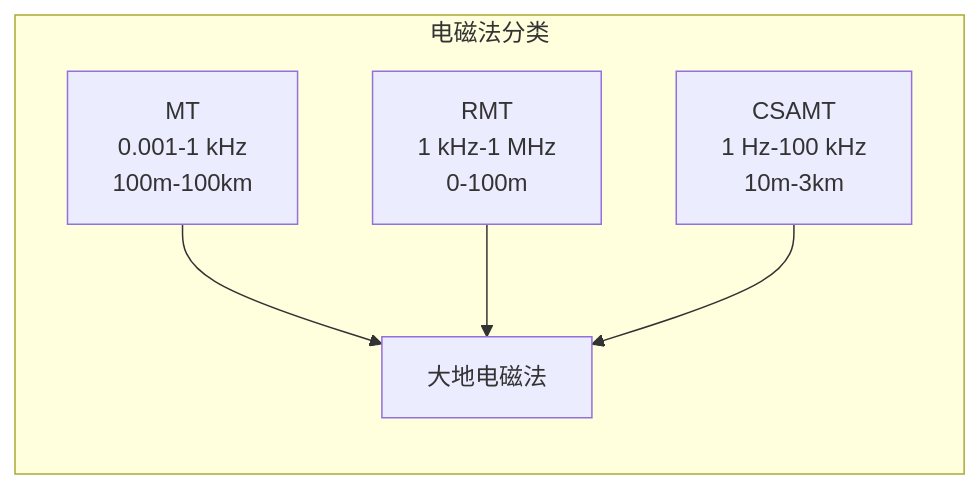
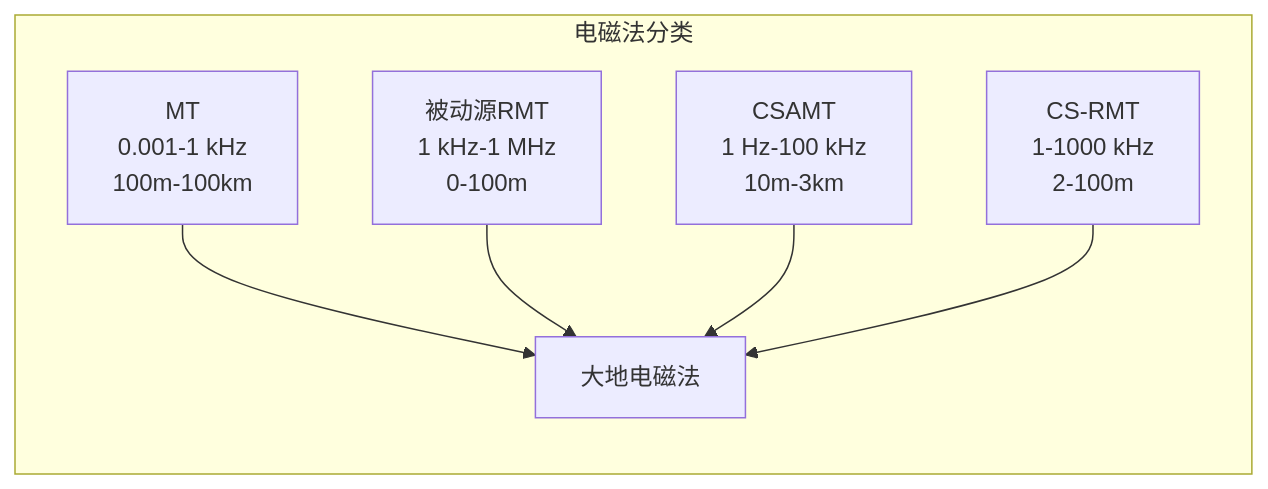
The first of 3 diagrams in source/intro/index.md (EMWPJ/RMTDataPro-docs), drawn with Mermaid before and after one commit. The commit also changed other lines of this file and 26 other files, not shown here.

````diff
--- a/source/intro/index.md
+++ b/source/intro/index.md
@@ -20,8 +20,9 @@
 ```mermaid
 graph LR
     subgraph 电磁法分类
         A[MT<br/>0.001-1 kHz<br/>100m-100km] --> D[大地电磁法]
-        B[RMT<br/>1 kHz-1 MHz<br/>0-100m] --> D
+        B[被动源RMT<br/>1 kHz-1 MHz<br/>0-100m] --> D
         C[CSAMT<br/>1 Hz-100 kHz<br/>10m-3km] --> D
+        E[CS-RMT<br/>1-1000 kHz<br/>2-100m] --> D
     end
 ```
````
